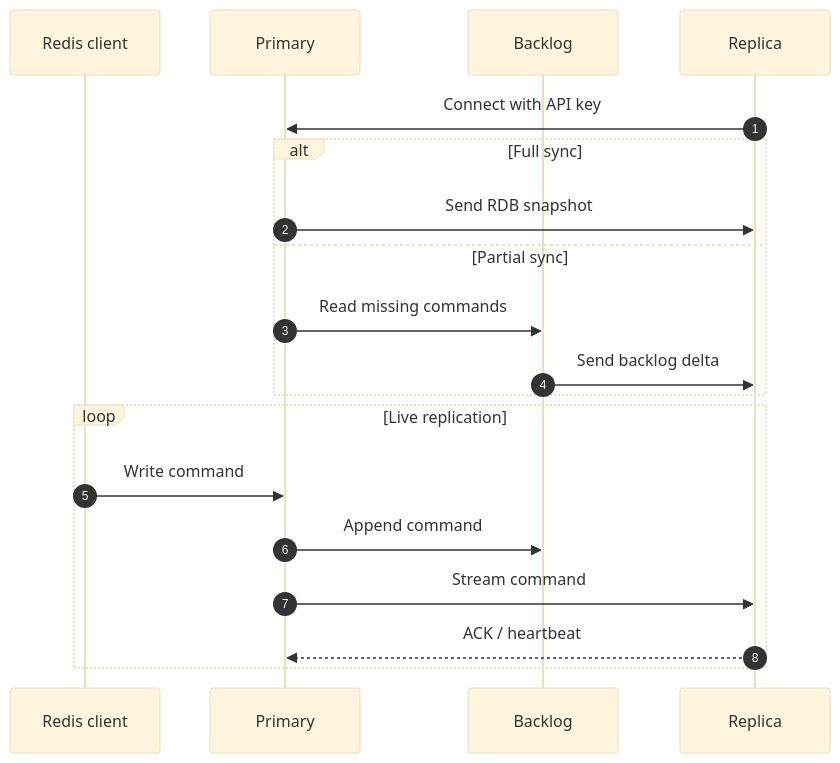
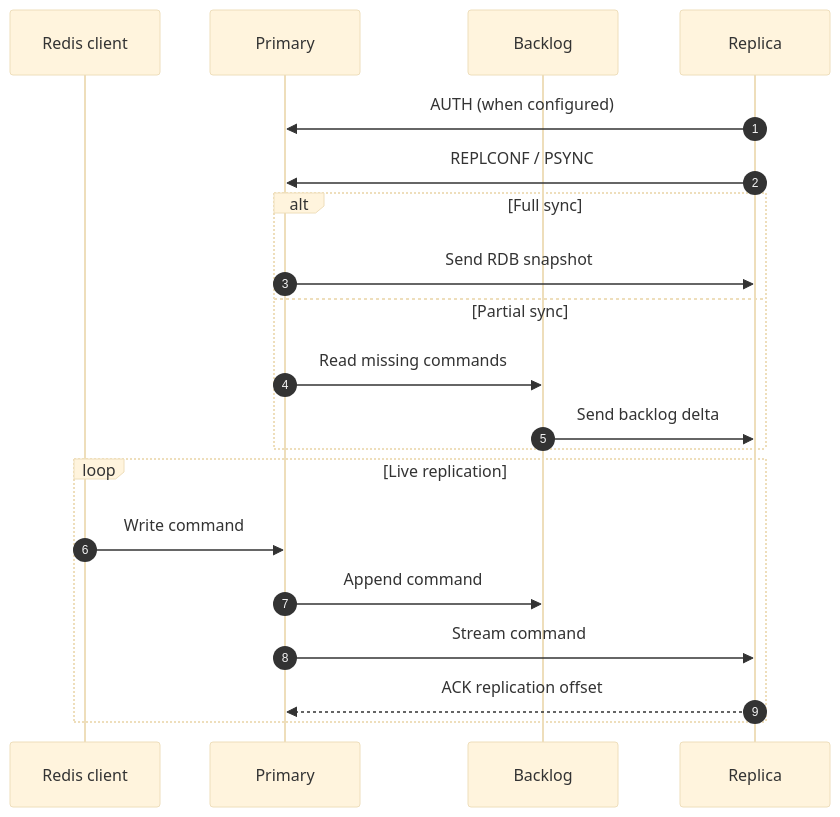
The diagram in README.md (nolannguyen1212/memkv), drawn with Mermaid (base theme) before and after one commit. The commit also changed other lines of this file and 1 other file, not shown here.

Commit message:
docs: update project usage and replication setup

````diff
--- a/README.md
+++ b/README.md
@@ -114,22 +115,23 @@
 ```mermaid
 sequenceDiagram
     autonumber
     participant C as Redis client
     participant P as Primary
     participant B as Backlog
     participant R as Replica
 
-    R->>P: Connect with API key
+    R->>P: AUTH (when configured)
+    R->>P: REPLCONF / PSYNC
     alt Full sync
         P->>R: Send RDB snapshot
     else Partial sync
         P->>B: Read missing commands
         B->>R: Send backlog delta
     end
     loop Live replication
         C->>P: Write command
         P->>B: Append command
         P->>R: Stream command
-        R-->>P: ACK / heartbeat
+        R-->>P: ACK replication offset
     end
 ```
````
